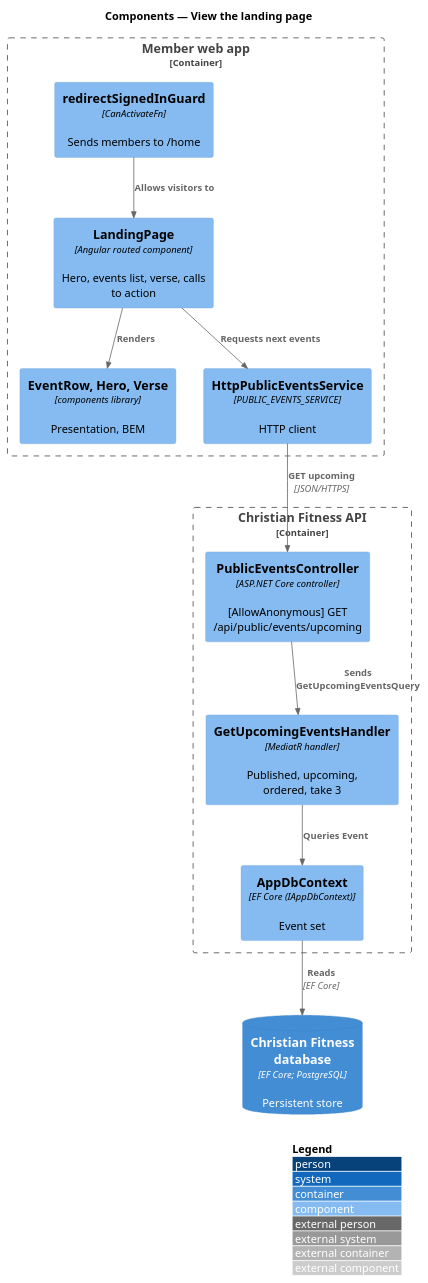
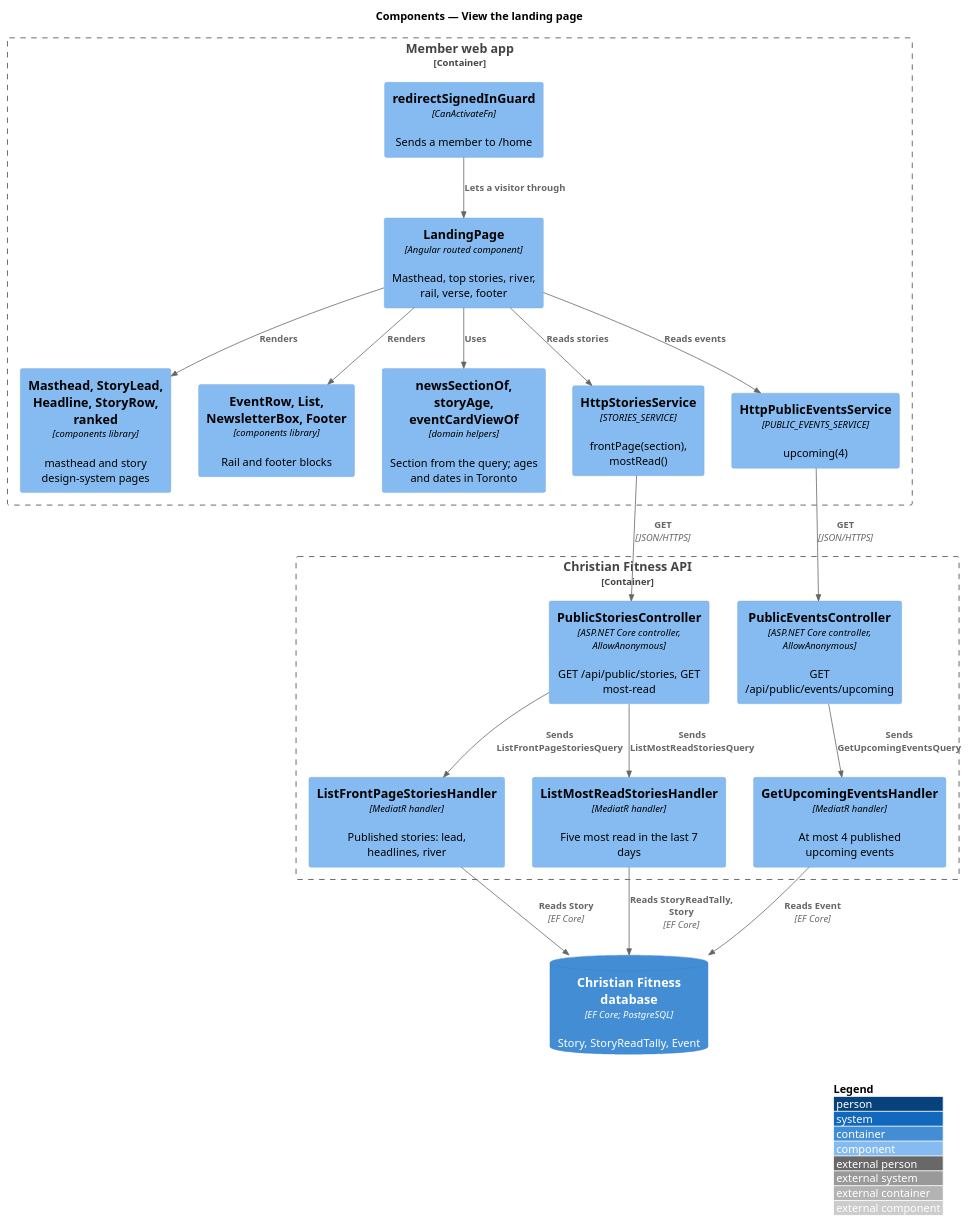
One commit to QuinntyneBrown/christian-fitness changed the diagram in docs/detailed-designs/member-access/view-landing-page/diagrams/c4-component.puml. Above: the diagram before and after it, drawn with PlantUML. The commit also changed 66 other files, not shown here.

```diff
--- a/docs/detailed-designs/member-access/view-landing-page/diagrams/c4-component.puml
+++ b/docs/detailed-designs/member-access/view-landing-page/diagrams/c4-component.puml
@@ -1,26 +1,38 @@
 @startuml
 !include <C4/C4_Component>
 LAYOUT_WITH_LEGEND()
 title Components — View the landing page
 
 Container_Boundary(web, "Member web app") {
-  Component(page, "LandingPage", "Angular routed component", "Hero, events list, verse, calls to action")
-  Component(guard, "redirectSignedInGuard", "CanActivateFn", "Sends members to /home")
-  Component(ui, "EventRow, Hero, Verse", "components library", "Presentation, BEM")
-  Component(svc, "HttpPublicEventsService", "PUBLIC_EVENTS_SERVICE", "HTTP client")
+  Component(guard, "redirectSignedInGuard", "CanActivateFn", "Sends a member to /home")
+  Component(page, "LandingPage", "Angular routed component", "Masthead, top stories, river, rail, verse, footer")
+  Component(ui, "Masthead, StoryLead, Headline, StoryRow, ranked", "components library", "masthead and story design-system pages")
+  Component(rail, "EventRow, List, NewsletterBox, Footer", "components library", "Rail and footer blocks")
+  Component(dom, "newsSectionOf, storyAge, eventCardViewOf", "domain helpers", "Section from the query; ages and dates in Toronto")
+  Component(stories, "HttpStoriesService", "STORIES_SERVICE", "frontPage(section), mostRead()")
+  Component(events, "HttpPublicEventsService", "PUBLIC_EVENTS_SERVICE", "upcoming(4)")
 }
 Container_Boundary(api, "Christian Fitness API") {
-  Component(ctrl, "PublicEventsController", "ASP.NET Core controller", "[AllowAnonymous] GET /api/public/events/upcoming")
-  Component(h, "GetUpcomingEventsHandler", "MediatR handler", "Published, upcoming, ordered, take 3")
-  Component(ctx, "AppDbContext", "EF Core (IAppDbContext)", "Event set")
+  Component(sctrl, "PublicStoriesController", "ASP.NET Core controller, AllowAnonymous", "GET /api/public/stories, GET most-read")
+  Component(front, "ListFrontPageStoriesHandler", "MediatR handler", "Published stories: lead, headlines, river")
+  Component(most, "ListMostReadStoriesHandler", "MediatR handler", "Five most read in the last 7 days")
+  Component(ectrl, "PublicEventsController", "ASP.NET Core controller, AllowAnonymous", "GET /api/public/events/upcoming")
+  Component(up, "GetUpcomingEventsHandler", "MediatR handler", "At most 4 published upcoming events")
 }
-ContainerDb(db, "Christian Fitness database", "EF Core; PostgreSQL", "Persistent store")
+ContainerDb(db, "Christian Fitness database", "EF Core; PostgreSQL", "Story, StoryReadTally, Event")
 
-Rel(guard, page, "Allows visitors to")
+Rel(guard, page, "Lets a visitor through")
 Rel(page, ui, "Renders")
-Rel(page, svc, "Requests next events")
-Rel(svc, ctrl, "GET upcoming", "JSON/HTTPS")
-Rel(ctrl, h, "Sends GetUpcomingEventsQuery")
-Rel(h, ctx, "Queries Event")
-Rel(ctx, db, "Reads", "EF Core")
+Rel(page, rail, "Renders")
+Rel(page, dom, "Uses")
+Rel(page, stories, "Reads stories")
+Rel(page, events, "Reads events")
+Rel(stories, sctrl, "GET", "JSON/HTTPS")
+Rel(events, ectrl, "GET", "JSON/HTTPS")
+Rel(sctrl, front, "Sends ListFrontPageStoriesQuery")
+Rel(sctrl, most, "Sends ListMostReadStoriesQuery")
+Rel(ectrl, up, "Sends GetUpcomingEventsQuery")
+Rel(front, db, "Reads Story", "EF Core")
+Rel(most, db, "Reads StoryReadTally, Story", "EF Core")
+Rel(up, db, "Reads Event", "EF Core")
 @enduml
```
